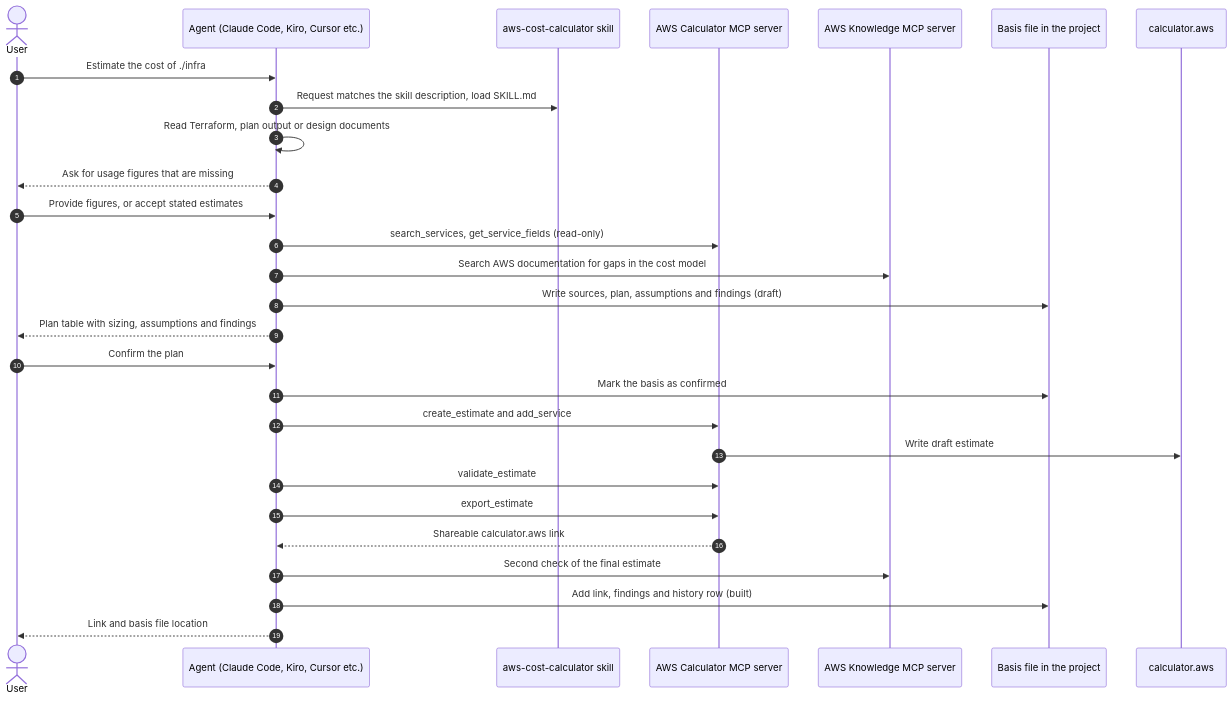
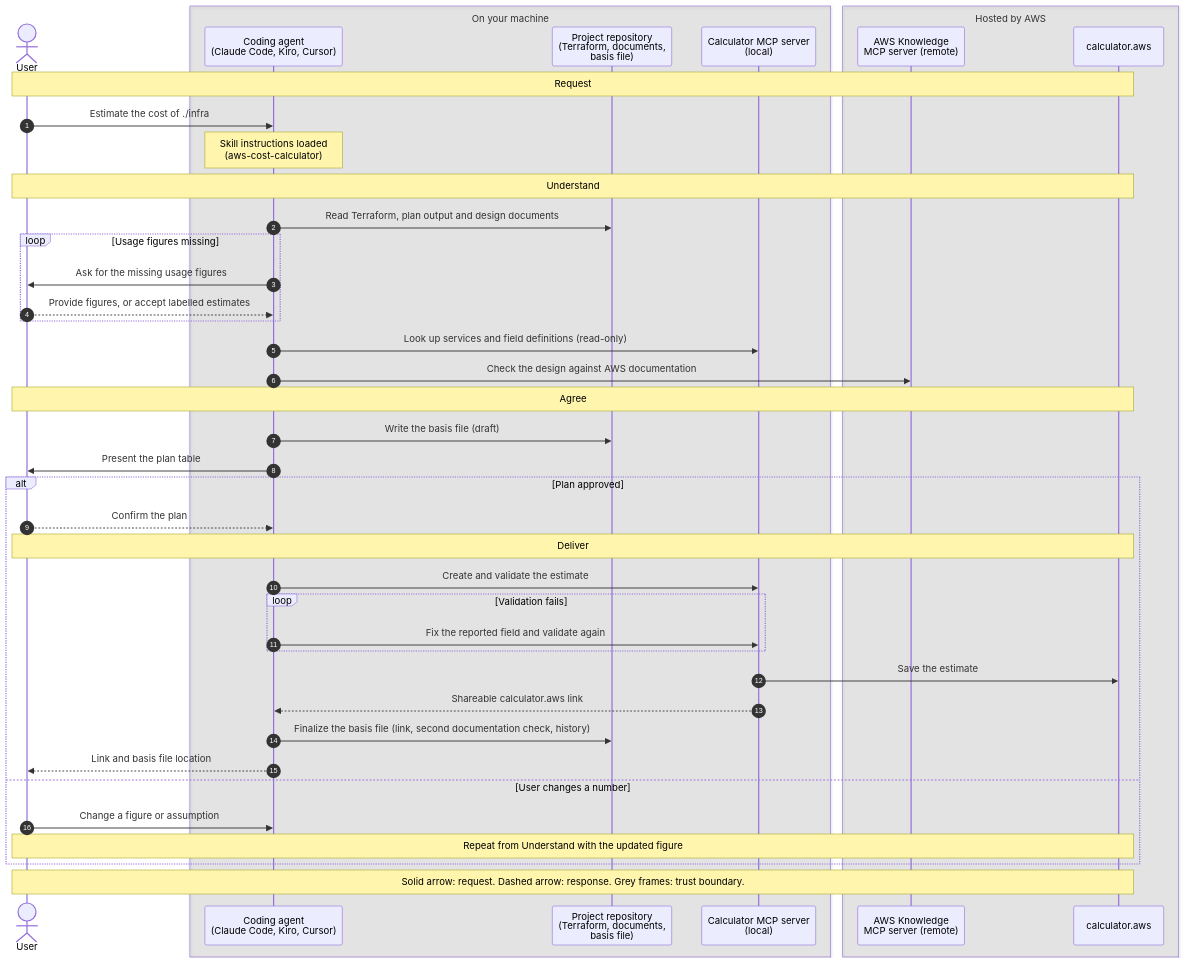
The diagram in README.md (haakond/aws-cost-calculator-skill), drawn with Mermaid before and after one commit. The commit also changed other lines of this file, not shown here.

Commit message:
docs: redesign the README sequence diagram
Shows the approval gate and both retry loops as alt and loop fragments, marks the trust boundary between the local machine and AWS, and uses plain-language messages with the MCP tool names in a table. The Mermaid uses only syntax that older renderers support, since GitHub's version is not under our control.

````diff
--- a/README.md
+++ b/README.md
@@ -64,31 +64,48 @@
 ```mermaid
 sequenceDiagram
     autonumber
     actor User
-    participant Agent as Agent (Claude Code, Kiro, Cursor etc.)
-    participant Skill as aws-cost-calculator skill
-    participant Calc as AWS Calculator MCP server
-    participant Know as AWS Knowledge MCP server
-    participant Basis as Basis file in the project
-    participant Web as calculator.aws
+    box rgba(128, 128, 128, 0.15) On your machine
+        participant Agent as Coding agent<br/>(Claude Code, Kiro, Cursor)
+        participant Repo as Project repository<br/>(Terraform, documents,<br/>basis file)
+        participant Calc as Calculator MCP server<br/>(local)
+    end
+    box rgba(128, 128, 128, 0.15) Hosted by AWS
+        participant Know as AWS Knowledge<br/>MCP server (remote)
+        participant Web as calculator.aws
+    end
 
+    Note over User,Web: Request
     User->>Agent: Estimate the cost of ./infra
-    Agent->>Skill: Request matches the skill description, load SKILL.md
-    Agent->>Agent: Read Terraform, plan output or design documents
-    Agent-->>User: Ask for usage figures that are missing
-    User->>Agent: Provide figures, or accept stated estimates
-    Agent->>Calc: search_services, get_service_fields (read-only)
-    Agent->>Know: Search AWS documentation for gaps in the cost model
-    Agent->>Basis: Write sources, plan, assumptions and findings (draft)
-    Agent-->>User: Plan table with sizing, assumptions and findings
-    User->>Agent: Confirm the plan
-    Agent->>Basis: Mark the basis as confirmed
-    Agent->>Calc: create_estimate and add_service
-    Calc->>Web: Write draft estimate
-    Agent->>Calc: validate_estimate
-    Agent->>Calc: export_estimate
-    Calc-->>Agent: Shareable calculator.aws link
-    Agent->>Know: Second check of the final estimate
-    Agent->>Basis: Add link, findings and history row (built)
-    Agent-->>User: Link and basis file location
+    Note over Agent: Skill instructions loaded<br/>(aws-cost-calculator)
+
+    Note over User,Web: Understand
+    Agent->>Repo: Read Terraform, plan output and design documents
+    loop Usage figures missing
+        Agent->>User: Ask for the missing usage figures
+        User-->>Agent: Provide figures, or accept labelled estimates
+    end
+    Agent->>Calc: Look up services and field definitions (read-only)
+    Agent->>Know: Check the design against AWS documentation
+
+    Note over User,Web: Agree
+    Agent->>Repo: Write the basis file (draft)
+    Agent->>User: Present the plan table
+    alt Plan approved
+        User-->>Agent: Confirm the plan
+        Note over User,Web: Deliver
+        Agent->>Calc: Create and validate the estimate
+        loop Validation fails
+            Agent->>Calc: Fix the reported field and validate again
+        end
+        Calc->>Web: Save the estimate
+        Calc-->>Agent: Shareable calculator.aws link
+        Agent->>Repo: Finalize the basis file (link, second documentation check, history)
+        Agent-->>User: Link and basis file location
+    else User changes a number
+        User->>Agent: Change a figure or assumption
+        Note over User,Web: Repeat from Understand with the updated figure
+    end
+
+    Note over User,Web: Solid arrow: request. Dashed arrow: response. Grey frames: trust boundary.
 ```
````
